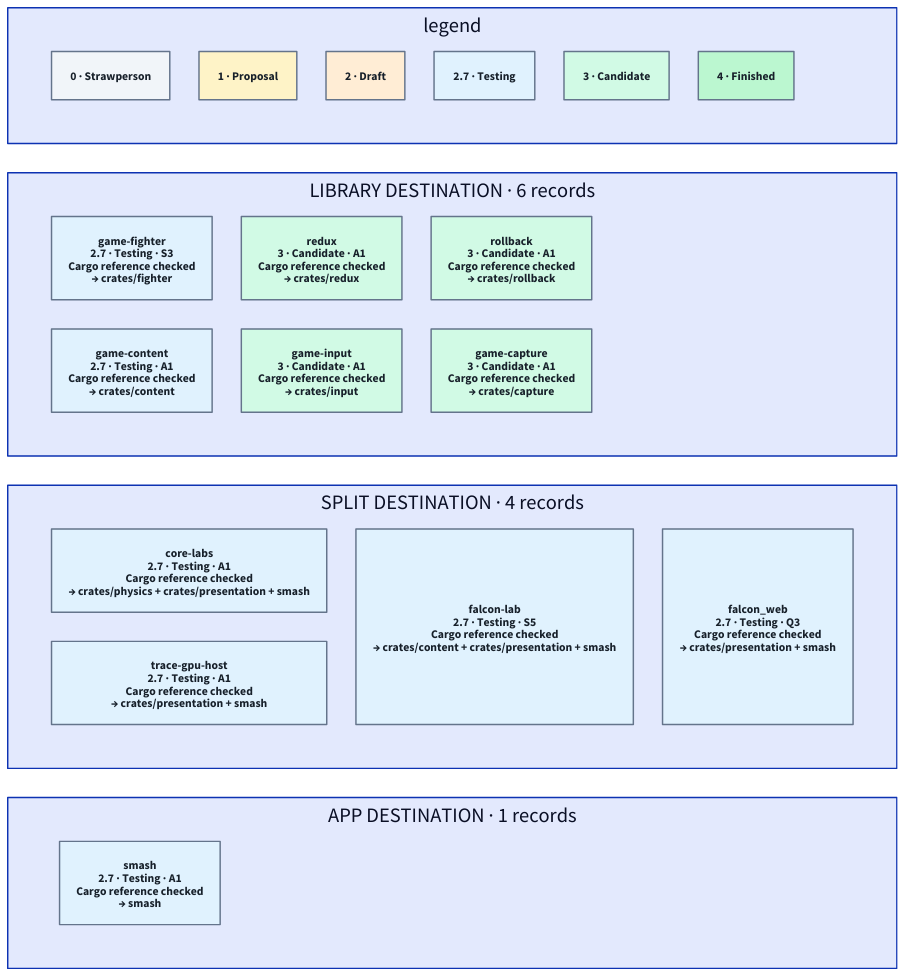
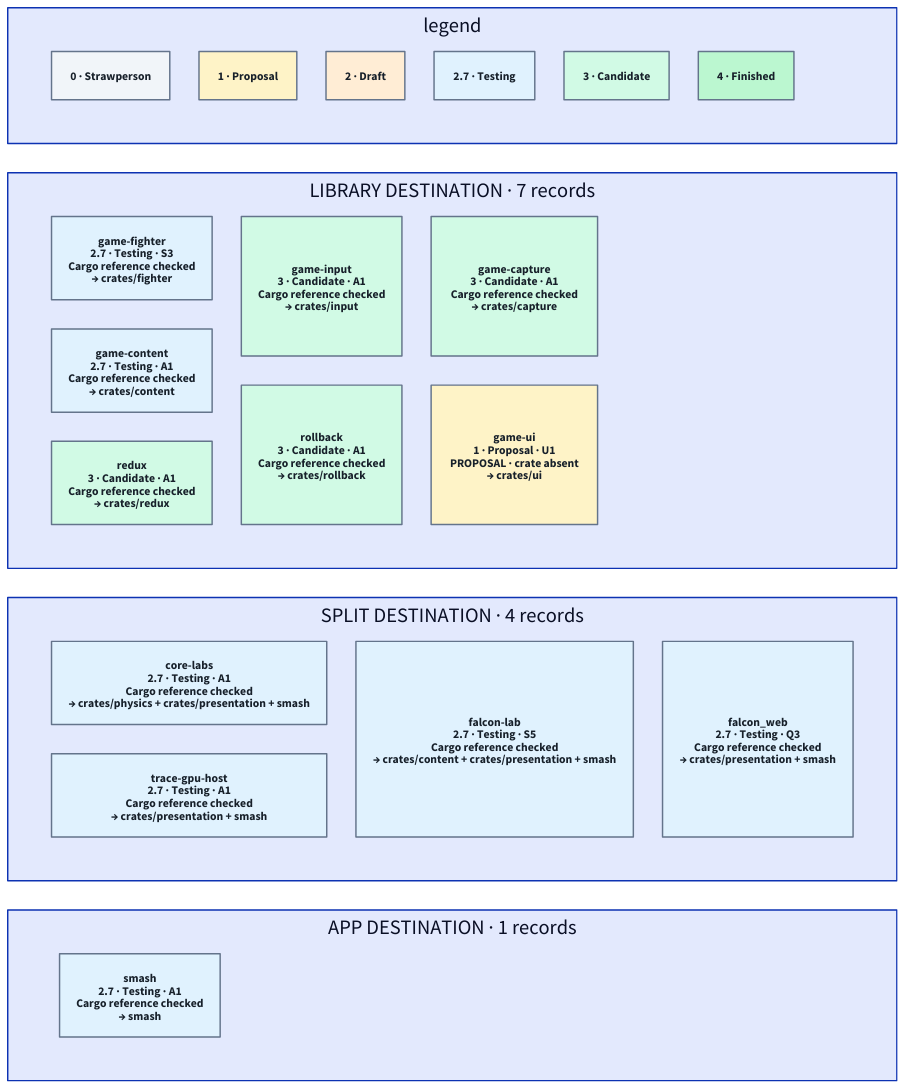
Before and after one commit to hafley66/hafley-rs: the diagram in games/classification/3_registry.d2, drawn with D2. The commit also changed 8 other files, not shown here.

```diff
--- a/games/classification/3_registry.d2
+++ b/games/classification/3_registry.d2
@@ -1,32 +1,33 @@
 # Generated from 1_registry.tsp. Do not edit.
 label: "05 · CHECKED CRATE INVENTORY / TC39-style promotion stages"
 grid-columns: 1
 legend: {
 grid-columns: 6
 s0: "0 · Strawperson" {style.fill: "#F1F5F9"; style.font-color: "#17202A"; style.stroke: "#64748B"}
 s1: "1 · Proposal" {style.fill: "#FEF3C7"; style.font-color: "#17202A"; style.stroke: "#64748B"}
 s2: "2 · Draft" {style.fill: "#FFEDD5"; style.font-color: "#17202A"; style.stroke: "#64748B"}
 s3: "2.7 · Testing" {style.fill: "#E0F2FE"; style.font-color: "#17202A"; style.stroke: "#64748B"}
 s4: "3 · Candidate" {style.fill: "#D1FAE5"; style.font-color: "#17202A"; style.stroke: "#64748B"}
 s5: "4 · Finished" {style.fill: "#BBF7D0"; style.font-color: "#17202A"; style.stroke: "#64748B"}
 }
-library: "LIBRARY DESTINATION · 6 records" {
+library: "LIBRARY DESTINATION · 7 records" {
 grid-columns: 3
 "game-fighter": "game-fighter\n2.7 · Testing · S3\nCargo reference checked\n→ crates/fighter" {style.fill: "#E0F2FE"; style.font-color: "#17202A"; style.stroke: "#64748B"}
 "game-content": "game-content\n2.7 · Testing · A1\nCargo reference checked\n→ crates/content" {style.fill: "#E0F2FE"; style.font-color: "#17202A"; style.stroke: "#64748B"}
 "redux": "redux\n3 · Candidate · A1\nCargo reference checked\n→ crates/redux" {style.fill: "#D1FAE5"; style.font-color: "#17202A"; style.stroke: "#64748B"}
 "game-input": "game-input\n3 · Candidate · A1\nCargo reference checked\n→ crates/input" {style.fill: "#D1FAE5"; style.font-color: "#17202A"; style.stroke: "#64748B"}
 "rollback": "rollback\n3 · Candidate · A1\nCargo reference checked\n→ crates/rollback" {style.fill: "#D1FAE5"; style.font-color: "#17202A"; style.stroke: "#64748B"}
 "game-capture": "game-capture\n3 · Candidate · A1\nCargo reference checked\n→ crates/capture" {style.fill: "#D1FAE5"; style.font-color: "#17202A"; style.stroke: "#64748B"}
+"game-ui": "game-ui\n1 · Proposal · U1\nPROPOSAL · crate absent\n→ crates/ui" {style.fill: "#FEF3C7"; style.font-color: "#17202A"; style.stroke: "#64748B"}
 }
 split: "SPLIT DESTINATION · 4 records" {
 grid-columns: 3
 "core-labs": "core-labs\n2.7 · Testing · A1\nCargo reference checked\n→ crates/physics + crates/presentation + smash" {style.fill: "#E0F2FE"; style.font-color: "#17202A"; style.stroke: "#64748B"}
 "trace-gpu-host": "trace-gpu-host\n2.7 · Testing · A1\nCargo reference checked\n→ crates/presentation + smash" {style.fill: "#E0F2FE"; style.font-color: "#17202A"; style.stroke: "#64748B"}
 "falcon-lab": "falcon-lab\n2.7 · Testing · S5\nCargo reference checked\n→ crates/content + crates/presentation + smash" {style.fill: "#E0F2FE"; style.font-color: "#17202A"; style.stroke: "#64748B"}
 "falcon_web": "falcon_web\n2.7 · Testing · Q3\nCargo reference checked\n→ crates/presentation + smash" {style.fill: "#E0F2FE"; style.font-color: "#17202A"; style.stroke: "#64748B"}
 }
 app: "APP DESTINATION · 1 records" {
 grid-columns: 3
 "smash": "smash\n2.7 · Testing · A1\nCargo reference checked\n→ smash" {style.fill: "#E0F2FE"; style.font-color: "#17202A"; style.stroke: "#64748B"}
 }
```
